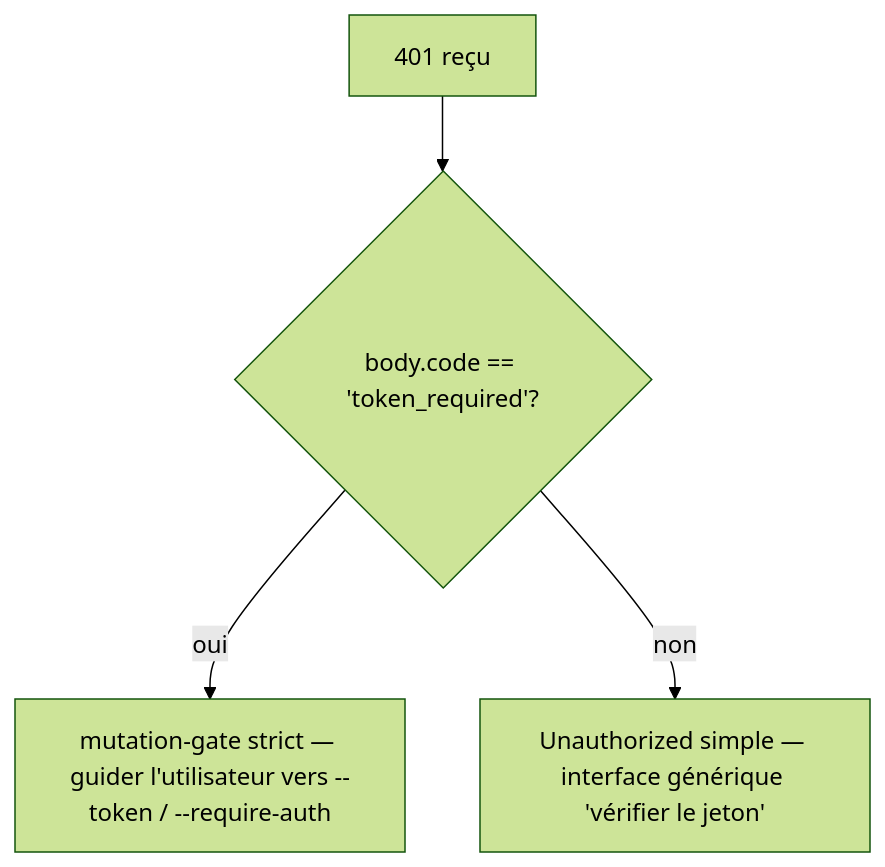
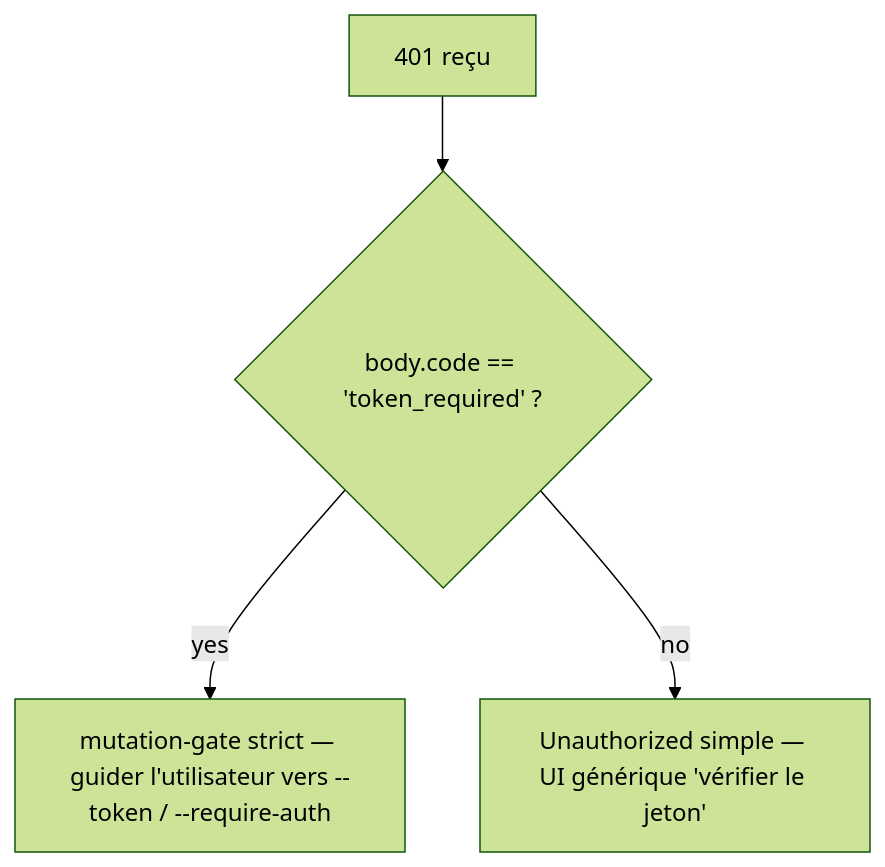
The second of 2 diagrams in website/content/fr/developers/daemon/18-error-taxonomy.md (QwenLM/qwen-code-docs), drawn with Mermaid (forest theme) before and after one commit. The commit also changed other lines of this file and 1077 other files, not shown here.

````diff
--- a/website/content/fr/developers/daemon/18-error-taxonomy.md
+++ b/website/content/fr/developers/daemon/18-error-taxonomy.md
@@ -133,6 +135,6 @@
 ```mermaid
 flowchart TD
-    A["401 reçu"] --> B{"body.code == 'token_required'?"}
-    B -->|oui| C["mutation-gate strict — guider l'utilisateur vers --token / --require-auth"]
-    B -->|non| D["Unauthorized simple — interface générique 'vérifier le jeton'"]
+    A["401 reçu"] --> B{"body.code == 'token_required' ?"}
+    B -->|yes| C["mutation-gate strict — guider l'utilisateur vers --token / --require-auth"]
+    B -->|no| D["Unauthorized simple — UI générique 'vérifier le jeton'"]
 ```
````
